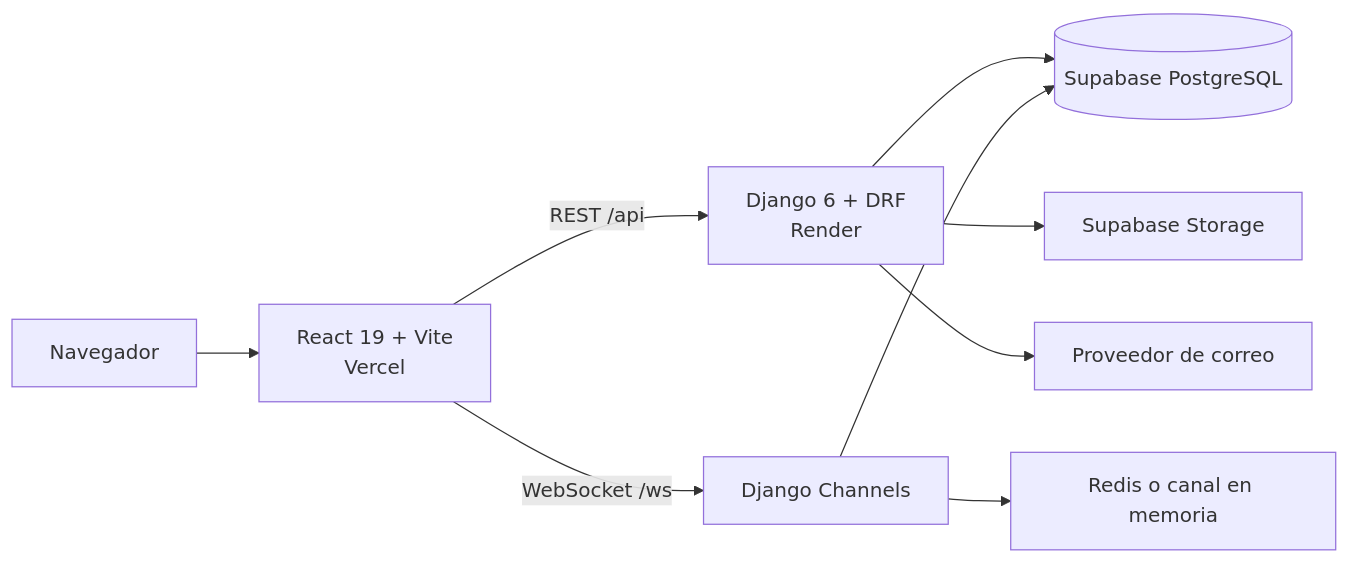
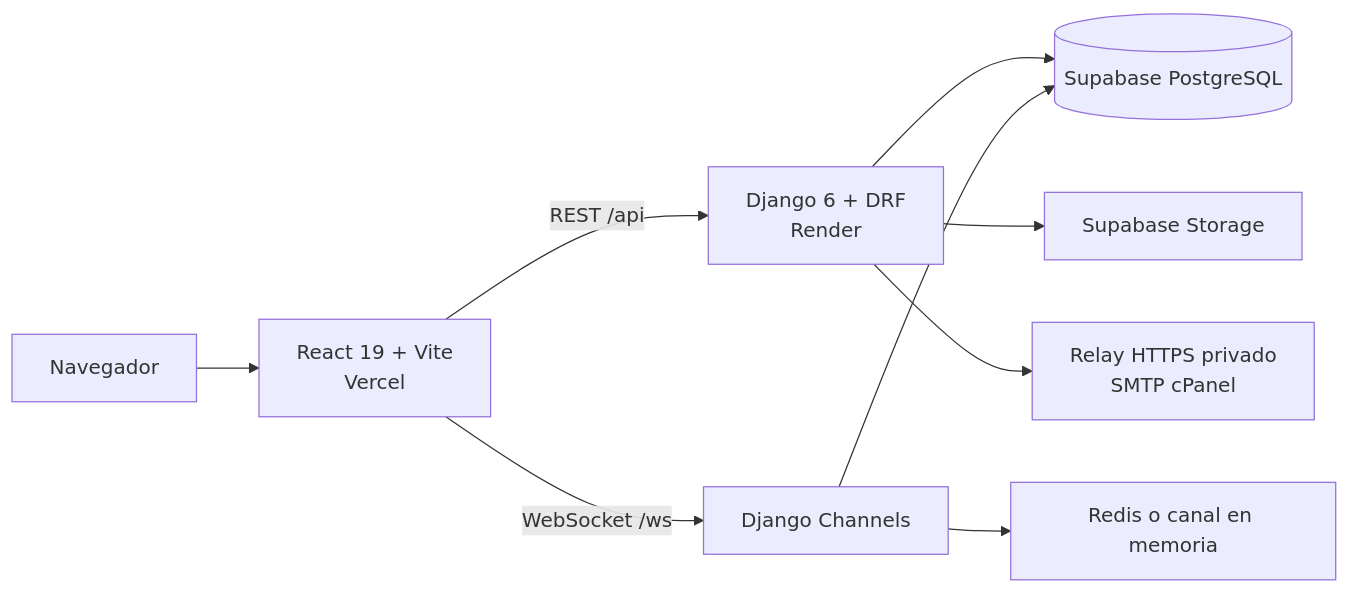
The first of 2 diagrams in README.md (edarmijo/Sassblum), drawn with Mermaid before and after one commit. The commit also changed other lines of this file and 5 other files, not shown here.

````diff
--- a/README.md
+++ b/README.md
@@ -34,11 +35,11 @@
 ```mermaid
 flowchart LR
     U["Navegador"] --> V["React 19 + Vite\nVercel"]
     V -->|"REST /api"| A["Django 6 + DRF\nRender"]
     V -->|"WebSocket /ws"| C["Django Channels"]
     A --> P[("Supabase PostgreSQL")]
     A --> S["Supabase Storage"]
-    A --> E["Proveedor de correo"]
+    A --> E["Relay HTTPS privado\nSMTP cPanel"]
     C --> R["Redis o canal en memoria"]
     C --> P
 ```
````
